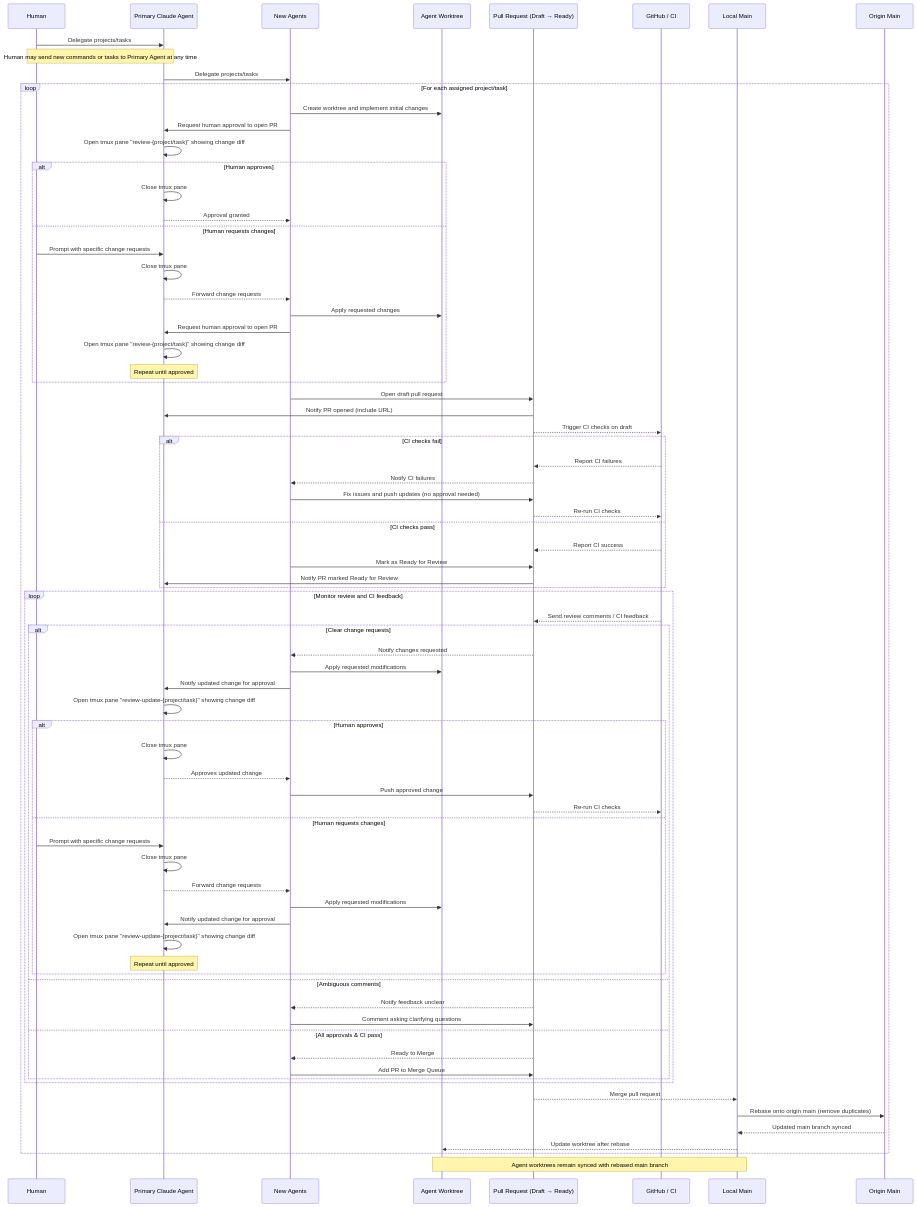
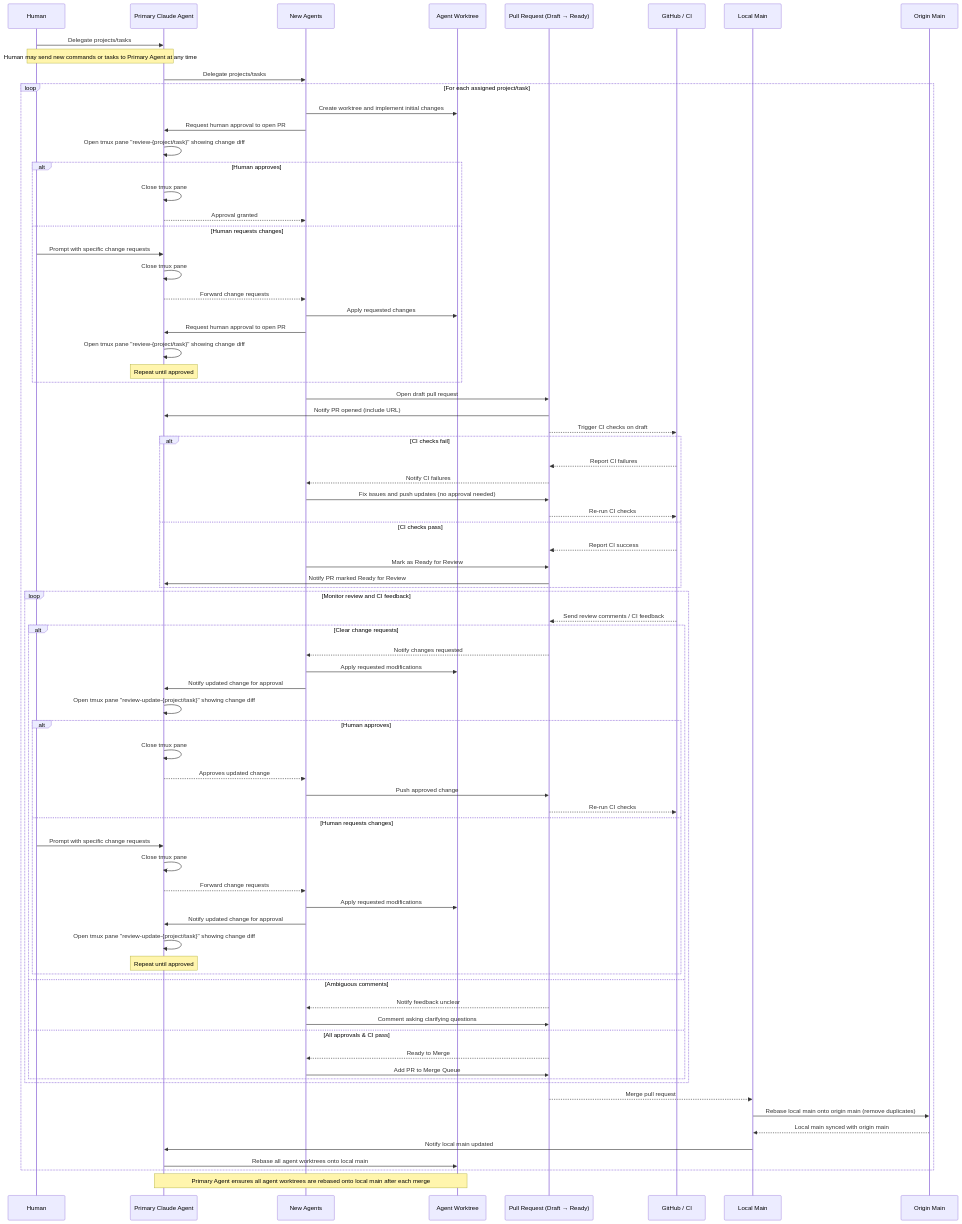
One commit to evanisnor/dispatch changed the diagram in WORKFLOW.md. Above: the diagram before and after it, drawn with Mermaid.

Commit message:
Clarify post-merge rebase flow via Primary Agent

````diff
--- a/WORKFLOW.md
+++ b/WORKFLOW.md
@@ -76,10 +76,11 @@
         end
 
         PR-->>LocalMain: Merge pull request
-        LocalMain->>OriginMain: Rebase onto origin main (remove duplicates)
-        OriginMain-->>LocalMain: Updated main branch synced
-        LocalMain-->>Worktree: Update worktree after rebase
+        LocalMain->>OriginMain: Rebase local main onto origin main (remove duplicates)
+        OriginMain-->>LocalMain: Local main synced with origin main
+        LocalMain->>PrimaryAgent: Notify local main updated
+        PrimaryAgent->>Worktree: Rebase all agent worktrees onto local main
     end
 
-    Note over LocalMain,Worktree: Agent worktrees remain synced with rebased main branch
+    Note over PrimaryAgent,Worktree: Primary Agent ensures all agent worktrees are rebased onto local main after each merge
 ```
````
